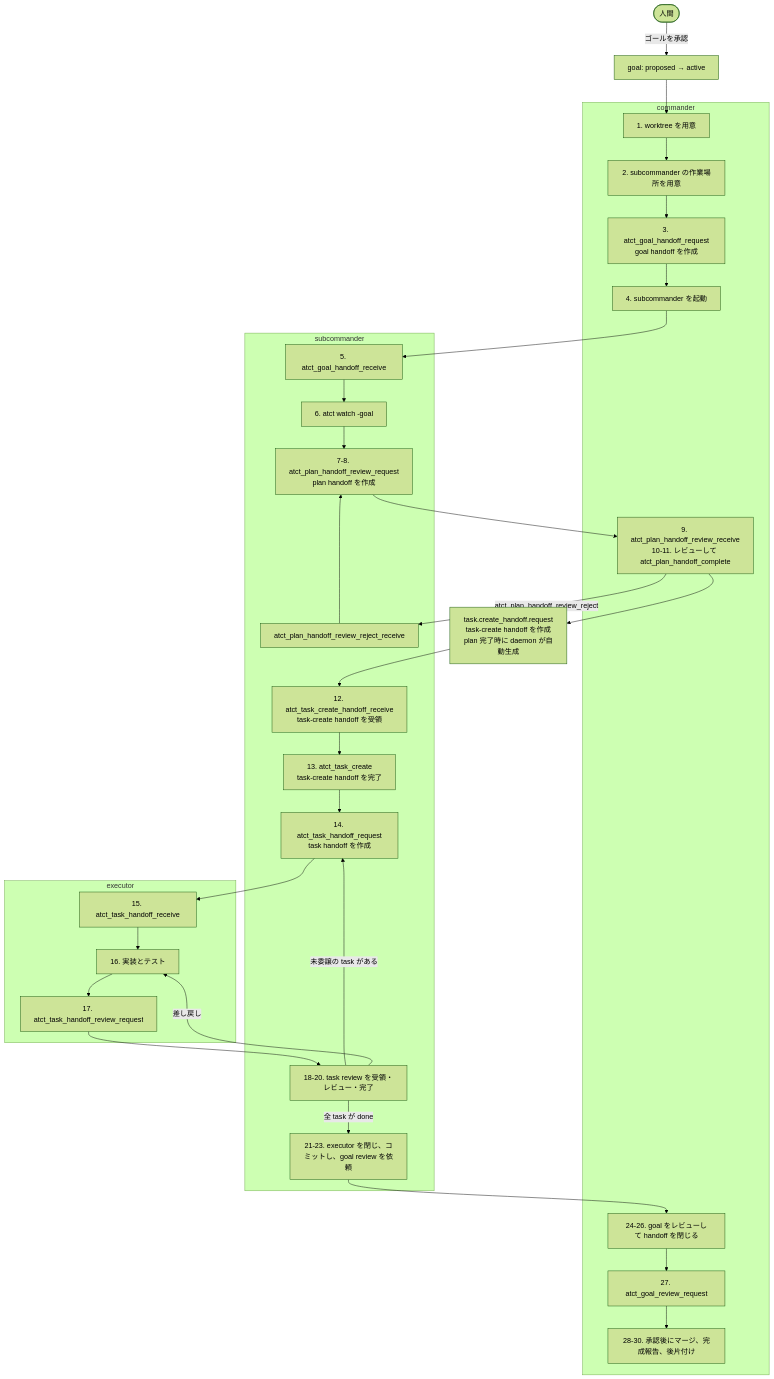
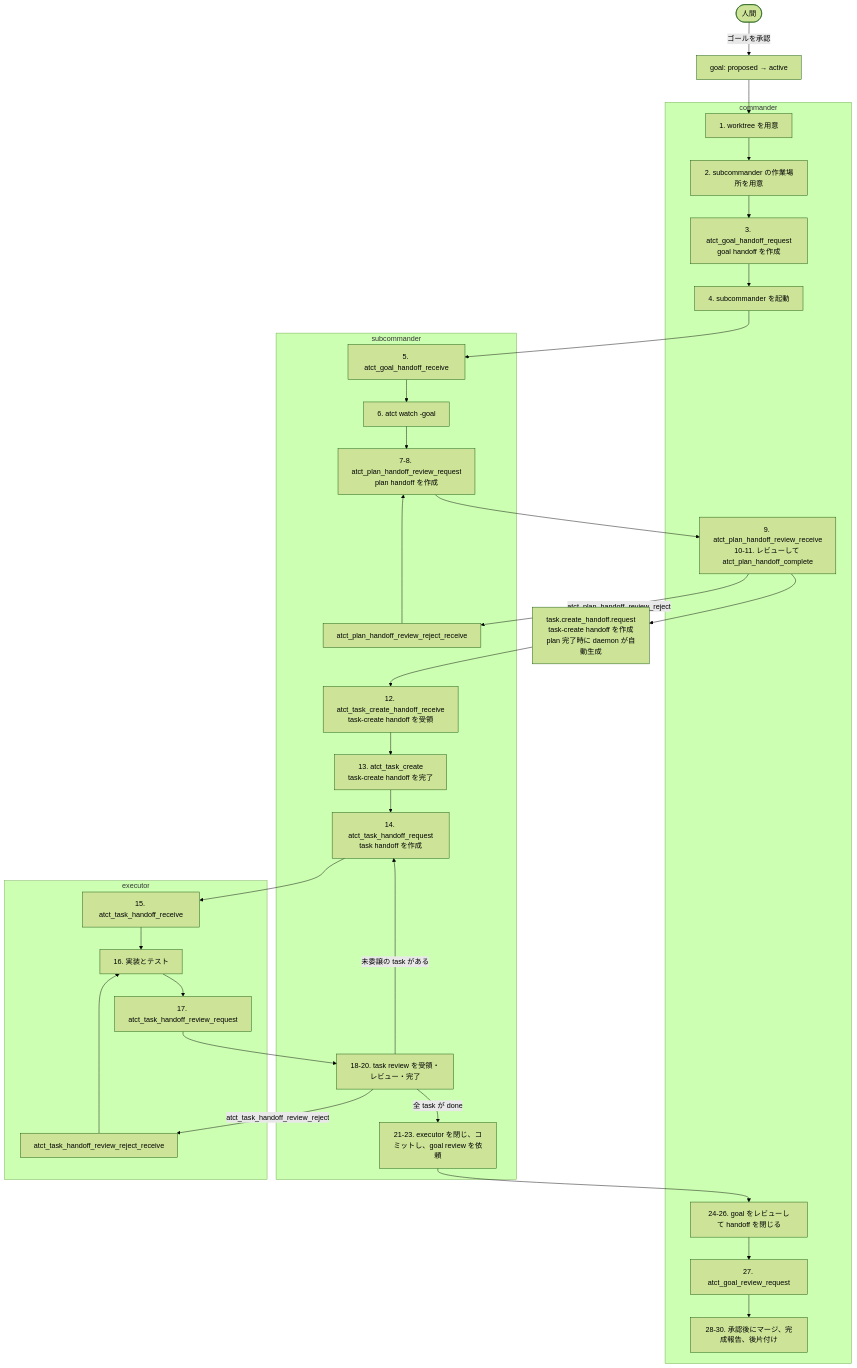
Before and after one commit to michiomochi/atct: the diagram in doc/execution-flow.md, drawn with Mermaid (forest theme). The commit also changed other lines of this file, not shown here.

Commit message:
docs: show task handoff rejection receipt

````diff
--- a/doc/execution-flow.md
+++ b/doc/execution-flow.md
@@ -84,40 +85,41 @@
 ```mermaid
 flowchart TD
     H([人間]) -->|ゴールを承認| G[goal: proposed → active]
 
     subgraph C[commander]
         C1[1. worktree を用意]
         C2[2. subcommander の作業場所を用意]
         C3[3. atct_goal_handoff_request<br/>goal handoff を作成]
         C4[4. subcommander を起動]
         C5[9. atct_plan_handoff_review_receive<br/>10-11. レビューして atct_plan_handoff_complete]
         C6[24-26. goal をレビューして handoff を閉じる]
         C7[27. atct_goal_review_request]
         C8[28-30. 承認後にマージ、完成報告、後片付け]
     end
 
     subgraph S[subcommander]
         S1[5. atct_goal_handoff_receive]
         S2[6. atct watch -goal]
         S3[7-8. atct_plan_handoff_review_request<br/>plan handoff を作成]
         S3R[atct_plan_handoff_review_reject_receive]
         S4[12. atct_task_create_handoff_receive<br/>task-create handoff を受領]
         S5[13. atct_task_create<br/>task-create handoff を完了]
         S6[14. atct_task_handoff_request<br/>task handoff を作成]
         S7[18-20. task review を受領・レビュー・完了]
         S8[21-23. executor を閉じ、コミットし、goal review を依頼]
     end
 
     subgraph E[executor]
         E1[15. atct_task_handoff_receive]
         E2[16. 実装とテスト]
         E3[17. atct_task_handoff_review_request]
+        E4[atct_task_handoff_review_reject_receive]
     end
 
     TC[task.create_handoff.request<br/>task-create handoff を作成<br/>plan 完了時に daemon が自動生成]
     G --> C1 --> C2 --> C3 --> C4 --> S1 --> S2 --> S3 --> C5 --> TC --> S4 --> S5 --> S6 --> E1 --> E2 --> E3 --> S7
     S7 -->|未委譲の task がある| S6
     S7 -->|全 task が done| S8 --> C6 --> C7 --> C8
     C5 -->|atct_plan_handoff_review_reject| S3R --> S3
-    S7 -->|差し戻し| E2
+    S7 -->|atct_task_handoff_review_reject| E4 --> E2
 ```
````
